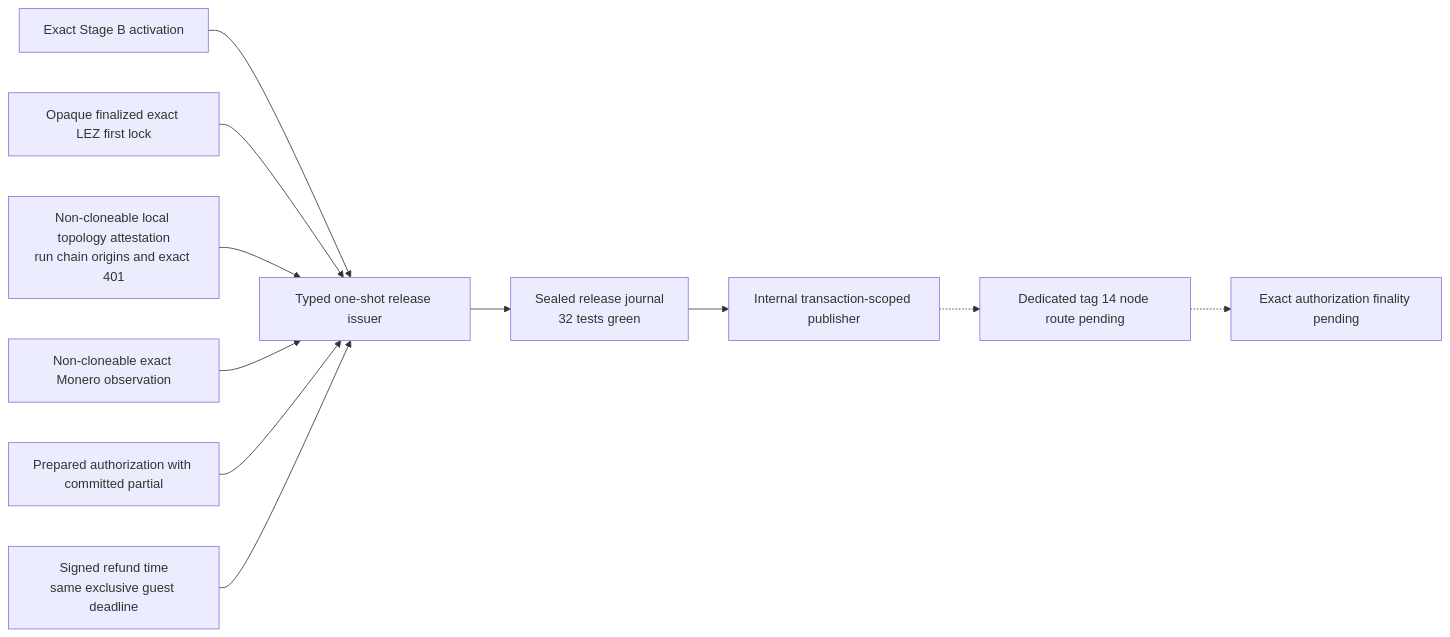
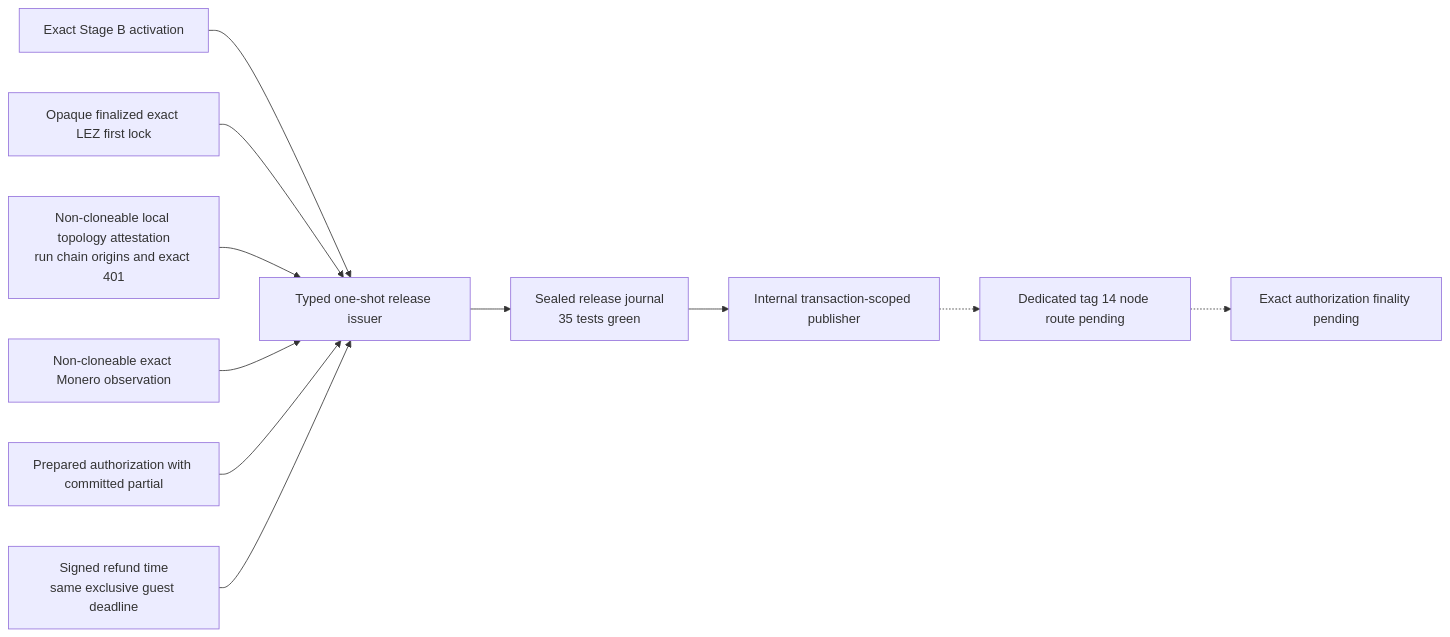
The first of 2 diagrams in docs/architecture/0059-separate-monero-observation-from-release-authority.md (gateway-fm/lez-atomic-swaps), drawn with Mermaid before and after one commit. The commit also changed other lines of this file and 19 other files, not shown here.

````diff
--- a/docs/architecture/0059-separate-monero-observation-from-release-authority.md
+++ b/docs/architecture/0059-separate-monero-observation-from-release-authority.md
@@ -94,13 +94,13 @@
 ```mermaid
 flowchart LR
     StageB["Exact Stage B activation"] --> Issuer["Typed one-shot release issuer"]
     LezLock["Opaque finalized exact LEZ first lock"] --> Issuer
     Topology["Non-cloneable local topology attestation<br/>run chain origins and exact 401"] --> Issuer
     Observation["Non-cloneable exact Monero observation"] --> Issuer
     Hidden["Prepared authorization with committed partial"] --> Issuer
     Deadline["Signed refund time<br/>same exclusive guest deadline"] --> Issuer
-    Issuer --> Store["Sealed release journal<br/>32 tests green"]
+    Issuer --> Store["Sealed release journal<br/>35 tests green"]
     Store --> Publisher["Internal transaction-scoped publisher"]
     Publisher -.-> Send["Dedicated tag 14 node route pending"]
     Send -.-> Finalized["Exact authorization finality pending"]
 ```
````
